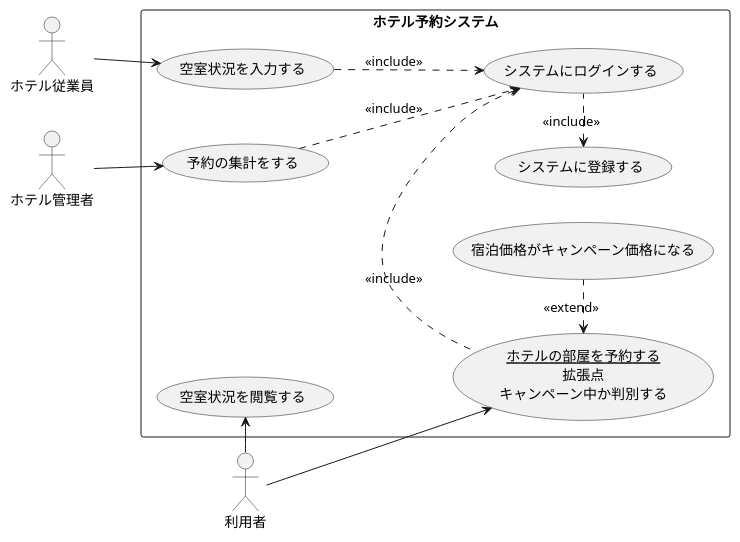
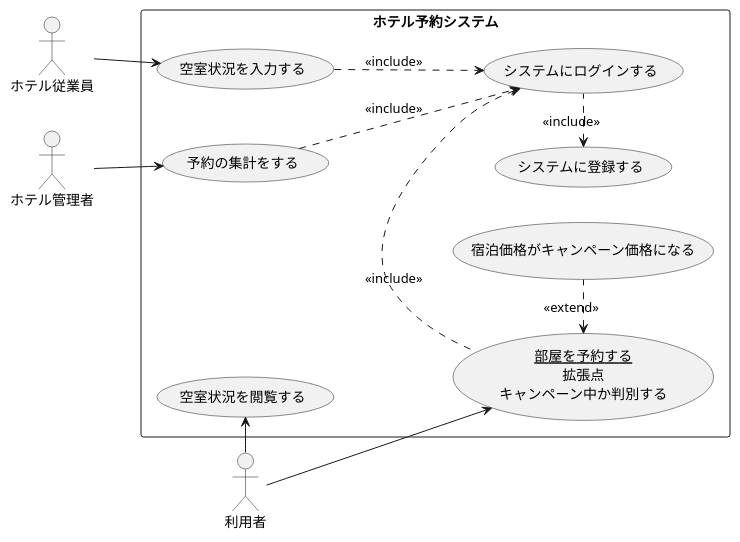
The diagram in 演習2-8_UC_ホテル予約システム.pu (ShoT0323/uml-introduction), drawn with PlantUML before and after one commit.

Commit message:
変更

```diff
--- a/演習2-8_UC_ホテル予約システム.pu
+++ b/演習2-8_UC_ホテル予約システム.pu
@@ -1,24 +1,24 @@
 @startuml ホテル予約システム
 left to right direction
 actor 利用者
 actor ホテル従業員
 actor ホテル管理者
 rectangle ホテル予約システム{
 usecase 空室状況を閲覧する
 usecase 空室状況を入力する
 usecase 予約の集計をする
 usecase システムにログインする
 usecase システムに登録する
-usecase (<u>ホテルの部屋を予約する</u>\n拡張点\nキャンペーン中か判別する) as input
+usecase (<u>部屋を予約する</u>\n拡張点\nキャンペーン中か判別する) as input
 usecase 宿泊価格がキャンペーン価格になる
 }
 input <. (宿泊価格がキャンペーン価格になる) : <<extend>>
 システムにログインする <. input : << include >>
 input <- 利用者
 システムに登録する <. システムにログインする : <<include>>
 利用者 -> 空室状況を閲覧する
 ホテル従業員 --> 空室状況を入力する
 ホテル管理者 --> 予約の集計をする
 空室状況を入力する ..> システムにログインする : <<include>>
 予約の集計をする ..> システムにログインする : <<include>>
 @enduml
```
